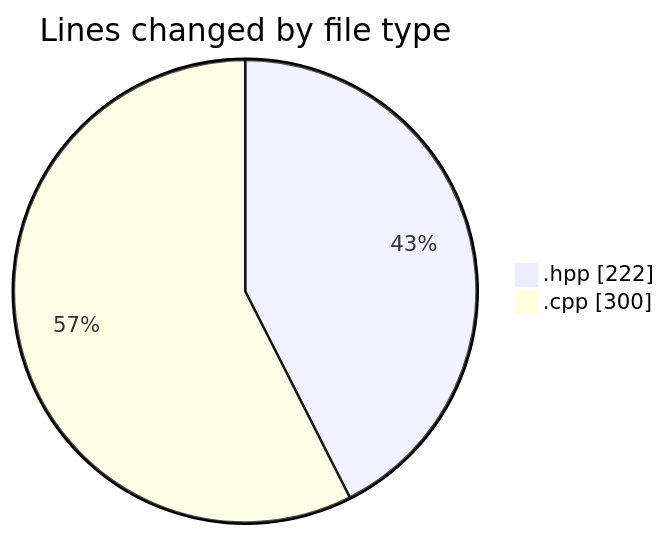
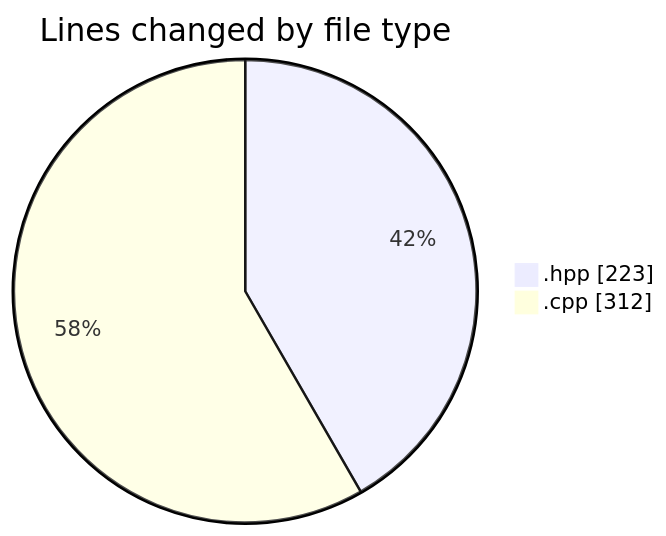
The first of 2 diagrams in 2025-05-03/date/README.md (Netris89/code-tracking), drawn with Mermaid before and after one commit. The commit also changed other lines of this file and 1 other file, not shown here.

````diff
--- a/2025-05-03/date/README.md
+++ b/2025-05-03/date/README.md
@@ -28,6 +28,6 @@
 ```mermaid
 pie showData
 title Lines changed by file type
-".hpp" : 222
-".cpp" : 300
+".hpp" : 223
+".cpp" : 312
 ```
````
